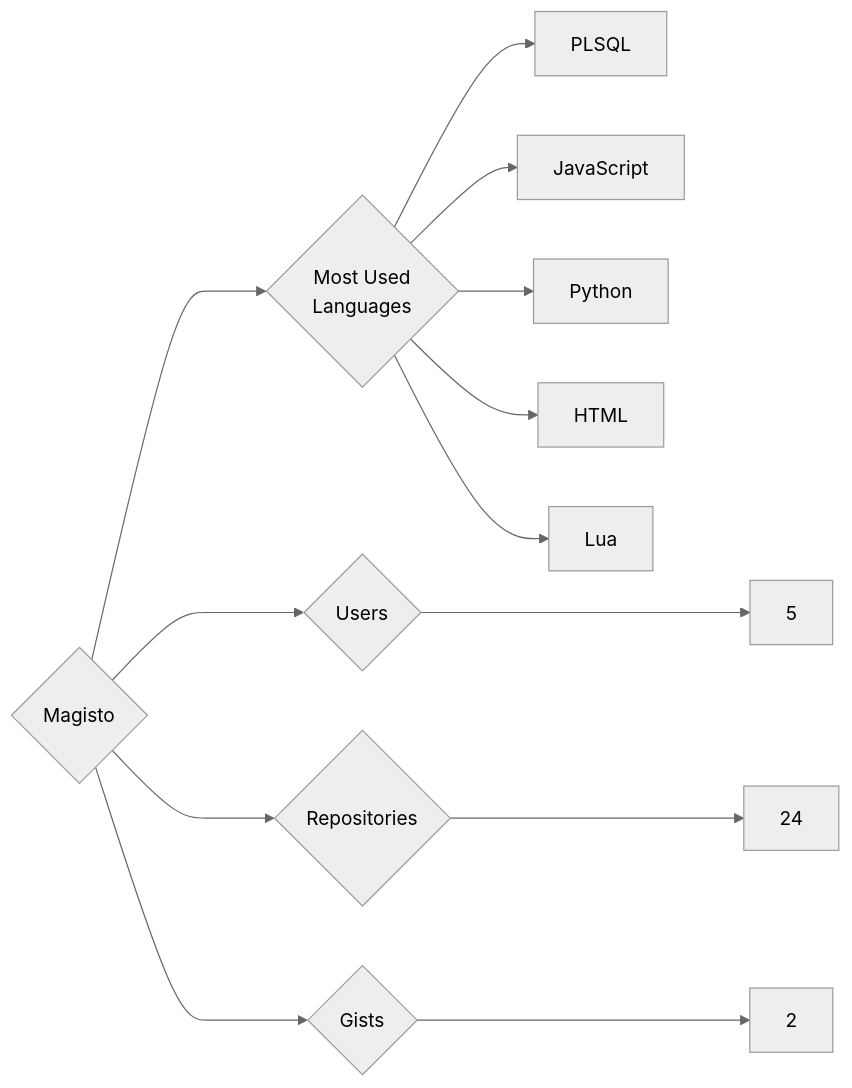
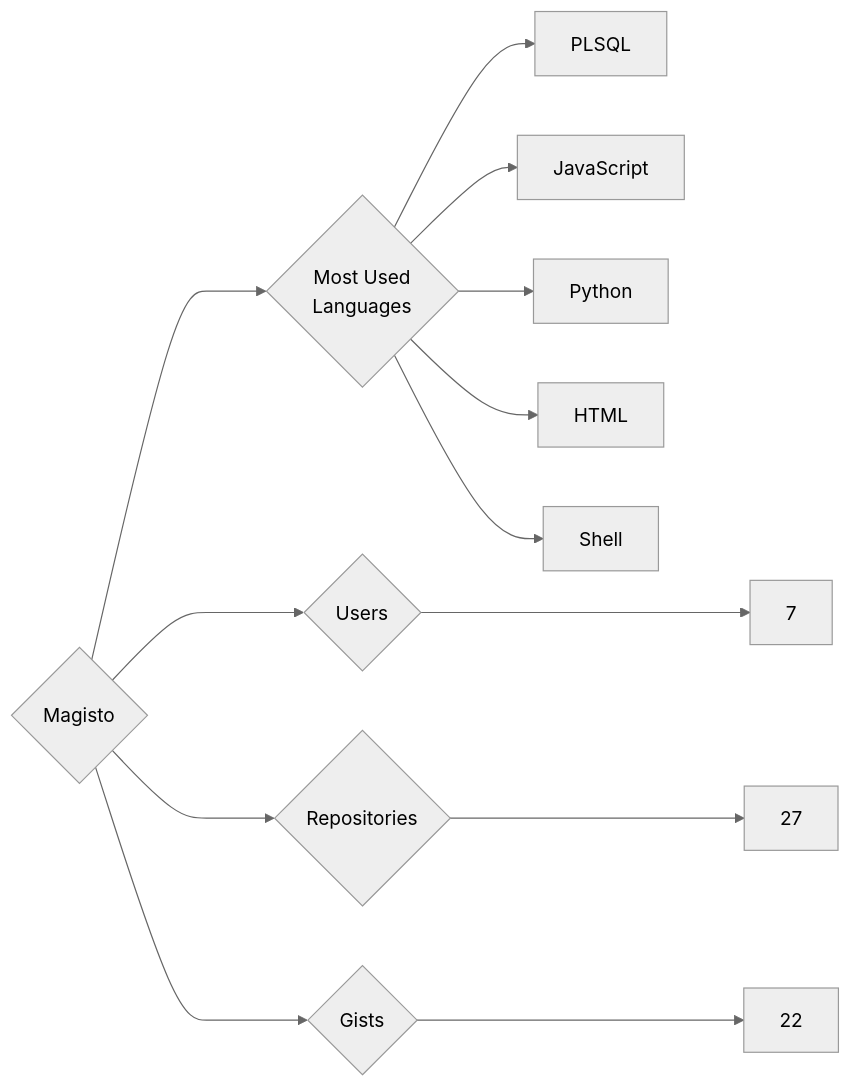
Before and after one commit to trickest/insiders: the diagram in targets/Magisto/README.md, drawn with Mermaid (neutral theme). The commit also changed 1479 other files, not shown here.

````diff
--- a/targets/Magisto/README.md
+++ b/targets/Magisto/README.md
@@ -3,13 +3,13 @@
 ```mermaid
 graph LR
 COMPANY_NAME{Magisto}
-COMPANY_NAME ---> U{Users} ---> UN[5]
-COMPANY_NAME ---> R{Repositories} ---> RN[24]
-COMPANY_NAME ---> G{Gists} ---> GN[2]
+COMPANY_NAME ---> U{Users} ---> UN[7]
+COMPANY_NAME ---> R{Repositories} ---> RN[27]
+COMPANY_NAME ---> G{Gists} ---> GN[22]
 COMPANY_NAME ---> ML{Most Used<br>Languages}
 ML --> PLSQL[PLSQL]
 ML --> JavaScript[JavaScript]
 ML --> Python[Python]
 ML --> HTML[HTML]
-ML --> Lua[Lua]
+ML --> Shell[Shell]
 ```
````
